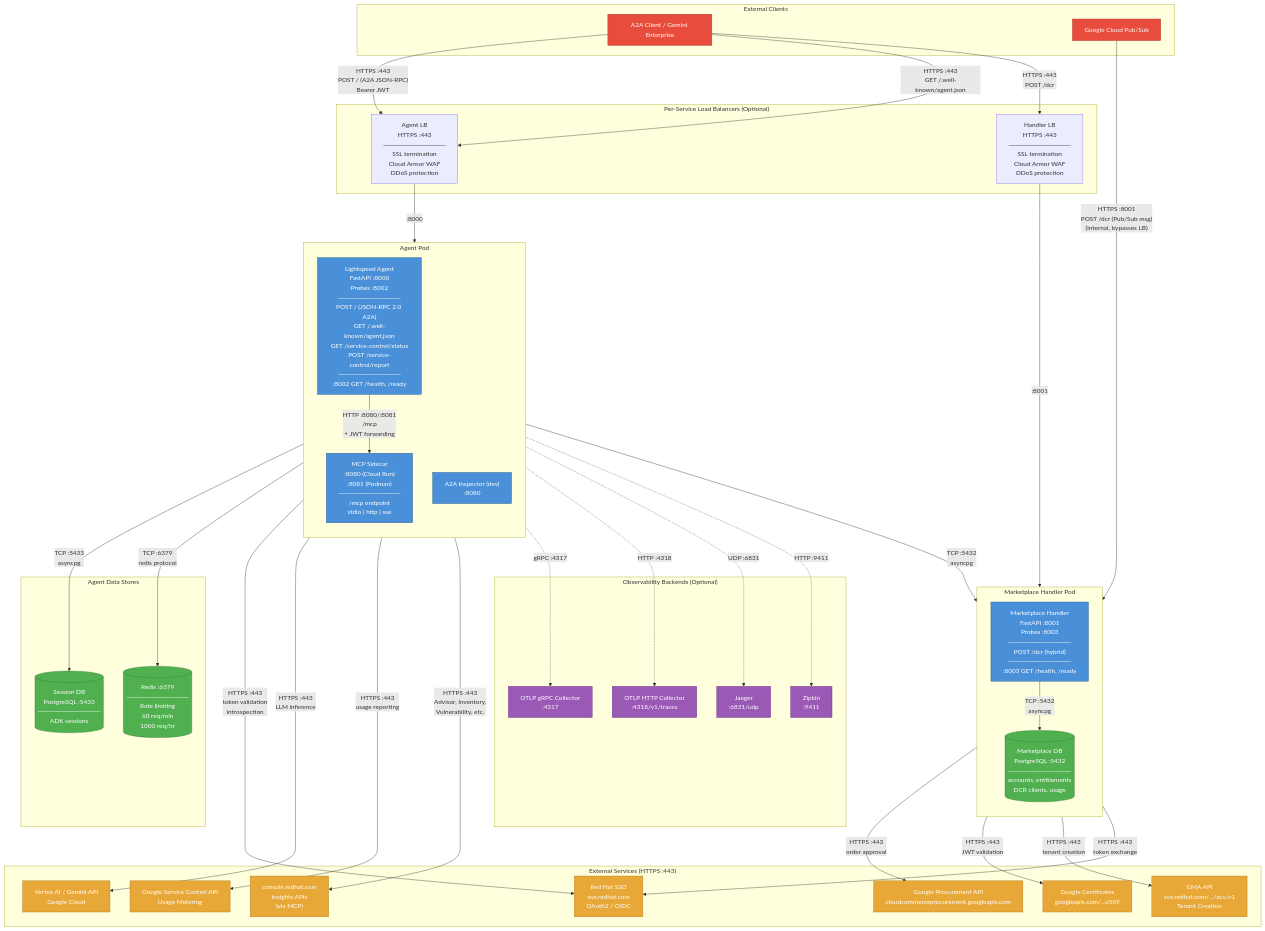
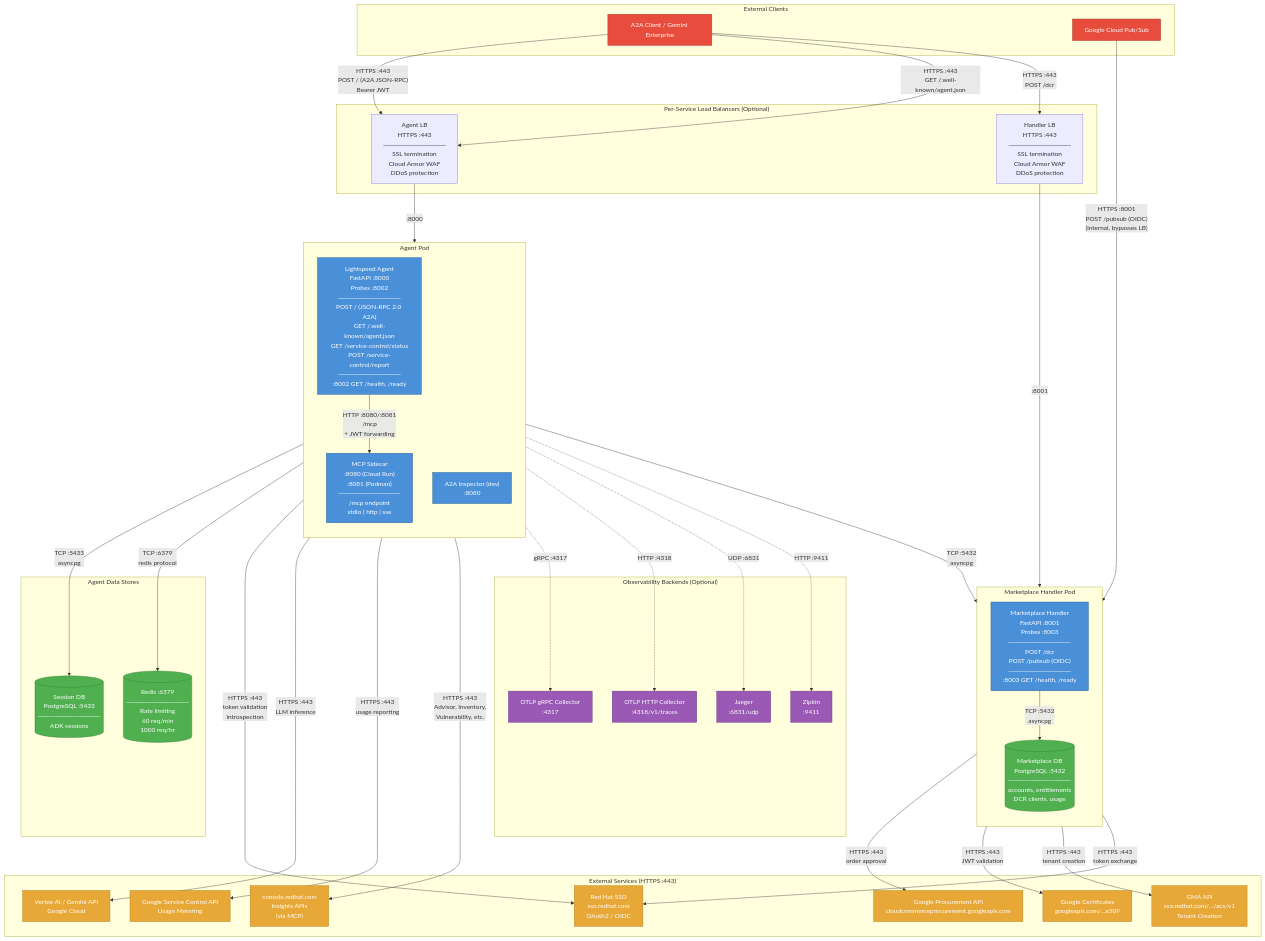
Before and after one commit to RHEcosystemAppEng/google-lightspeed-agent: the diagram in docs/network-diagram.md, drawn with Mermaid. The commit also changed other lines of this file and 9 other files, not shown here.

First line of the commit message:
docs: update all documentation for split /dcr and /pubsub endpoints

```diff
--- a/docs/network-diagram.md
+++ b/docs/network-diagram.md
@@ -37,7 +37,7 @@
 
     subgraph "Marketplace Handler Pod"
         direction TB
-        MKTPLACE["Marketplace Handler<br/>FastAPI :8001<br/>Probes :8003<br/>─────────────<br/>POST /dcr (hybrid)<br/>─────────────<br/>:8003 GET /health, /ready"]
+        MKTPLACE["Marketplace Handler<br/>FastAPI :8001<br/>Probes :8003<br/>─────────────<br/>POST /dcr<br/>POST /pubsub (OIDC)<br/>─────────────<br/>:8003 GET /health, /ready"]
 
         MKDB[("Marketplace DB<br/>PostgreSQL :5432<br/>─────────────<br/>accounts, entitlements<br/>DCR clients, usage")]
     end
@@ -62,7 +62,7 @@
     AGENT_LB -- ":8000" --> AGENT
     HANDLER_LB -- ":8001" --> MKTPLACE
     %% Pub/Sub is internal traffic — bypasses LBs
-    PUBSUB -- "HTTPS :8001<br/>POST /dcr (Pub/Sub msg)<br/>(internal, bypasses LB)" --> MKTPLACE
+    PUBSUB -- "HTTPS :8001<br/>POST /pubsub (OIDC)<br/>(internal, bypasses LB)" --> MKTPLACE
 
     %% === INTER-COMPONENT (Internal) ===
     AGENT -- "HTTP :8080/:8081<br/>/mcp<br/>+ JWT forwarding" --> MCP
```
